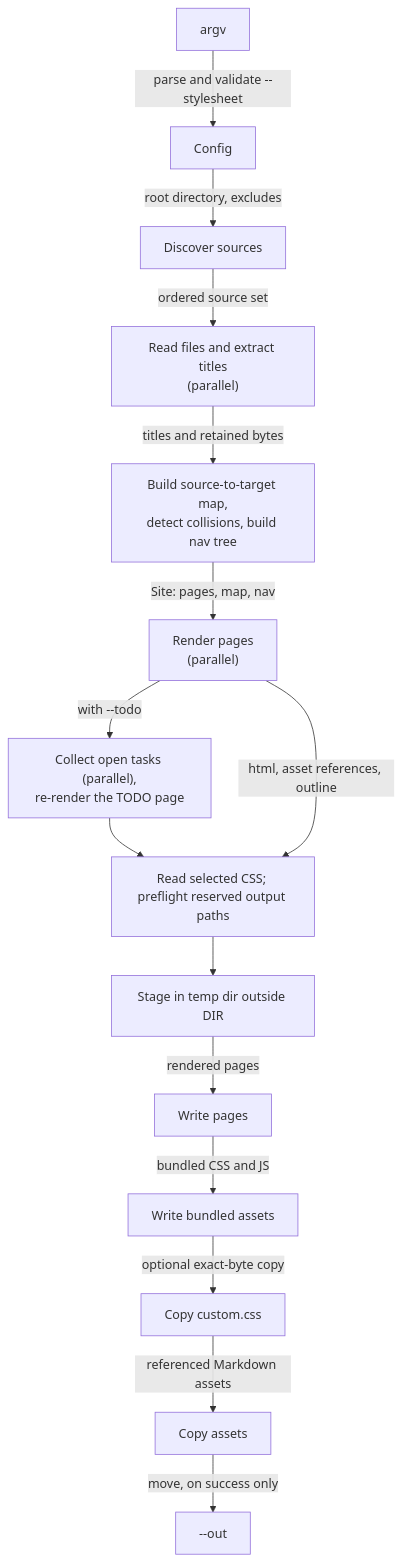
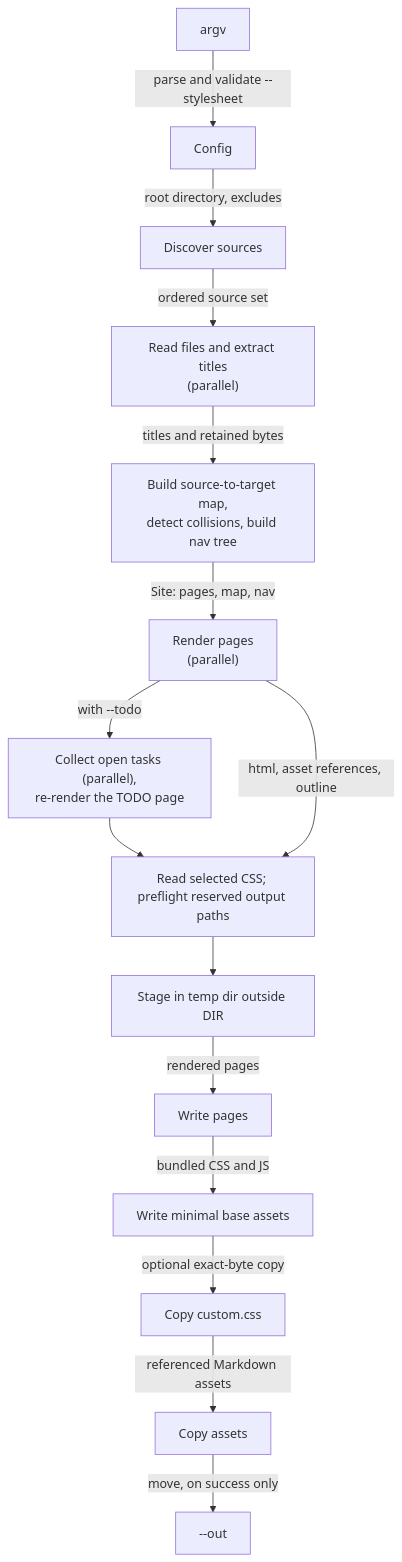
One commit to AltaraInc/ohimark changed the first of 2 diagrams in docs/architecture.md. Above: the diagram before and after it, drawn with Mermaid. The commit also changed other lines of this file and 7 other files, not shown here.

````diff
--- a/docs/architecture.md
+++ b/docs/architecture.md
@@ -14,18 +14,18 @@
 ```mermaid
 flowchart TD
   ARGS["argv"] -->|"parse and validate --stylesheet"| CFG["Config"]
   CFG -->|"root directory, excludes"| WALK["Discover sources"]
   WALK -->|"ordered source set"| READ["Read files and extract titles<br/>(parallel)"]
   READ -->|"titles and retained bytes"| MAP["Build source-to-target map,<br/>detect collisions, build nav tree"]
   MAP -->|"Site: pages, map, nav"| REND["Render pages<br/>(parallel)"]
   REND -->|"with --todo"| TODO["Collect open tasks (parallel),<br/>re-render the TODO page"]
   TODO --> PREFLIGHT
   REND -->|"html, asset references, outline"| PREFLIGHT["Read selected CSS; preflight reserved output paths"]
   PREFLIGHT --> STAGE
   STAGE["Stage in temp dir outside DIR"]
   STAGE -->|"rendered pages"| PAGES["Write pages"]
-  PAGES -->|"bundled CSS and JS"| TH["Write bundled assets"]
+  PAGES -->|"bundled CSS and JS"| TH["Write minimal base assets"]
   TH -->|"optional exact-byte copy"| CUSTOM["Copy custom.css"]
   CUSTOM -->|"referenced Markdown assets"| COPY["Copy assets"]
   COPY -->|"move, on success only"| OUT["--out"]
 ```
````
